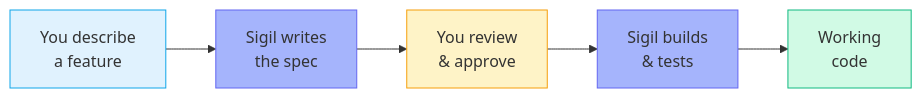
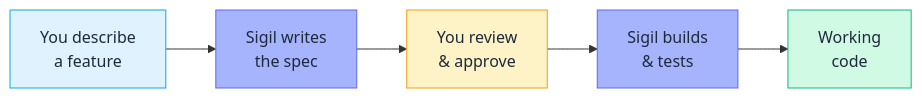
The first of 3 diagrams in README.md (araserel/sigil-os), drawn with Mermaid before and after one commit. The commit also changed other lines of this file, not shown here.

First line of the commit message:
fix: Dark mode text visibility in README Mermaid diagrams

````diff
--- a/README.md
+++ b/README.md
@@ -17,10 +17,10 @@
 ```mermaid
 flowchart LR
     A["You describe<br>a feature"] --> B["Sigil writes<br>the spec"] --> C["You review<br>& approve"] --> D["Sigil builds<br>& tests"] --> E["Working<br>code"]
 
-    style A fill:#e0f2fe,stroke:#0ea5e9
-    style B fill:#a5b4fc,stroke:#6366f1
-    style C fill:#fef3c7,stroke:#f59e0b
-    style D fill:#a5b4fc,stroke:#6366f1
-    style E fill:#d1fae5,stroke:#10b981
+    style A fill:#e0f2fe,stroke:#0ea5e9,color:#1e293b
+    style B fill:#a5b4fc,stroke:#6366f1,color:#1e293b
+    style C fill:#fef3c7,stroke:#f59e0b,color:#1e293b
+    style D fill:#a5b4fc,stroke:#6366f1,color:#1e293b
+    style E fill:#d1fae5,stroke:#10b981,color:#1e293b
 ```
````
